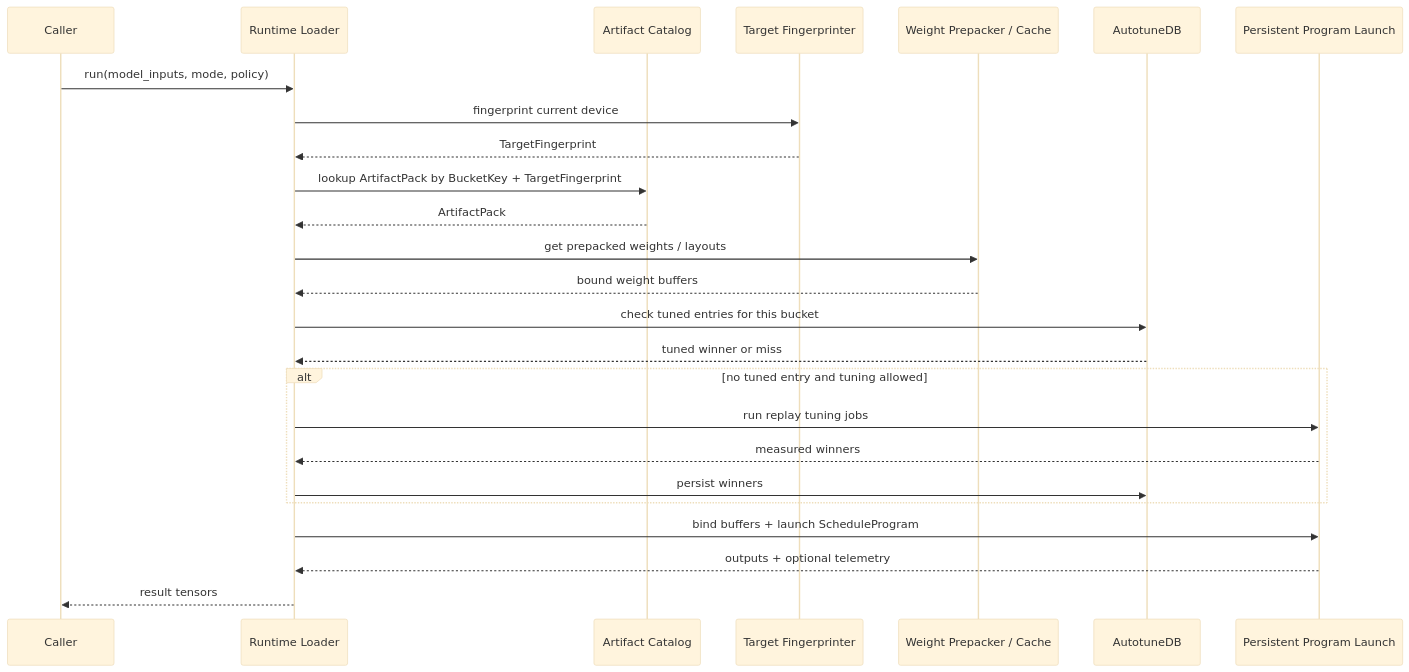
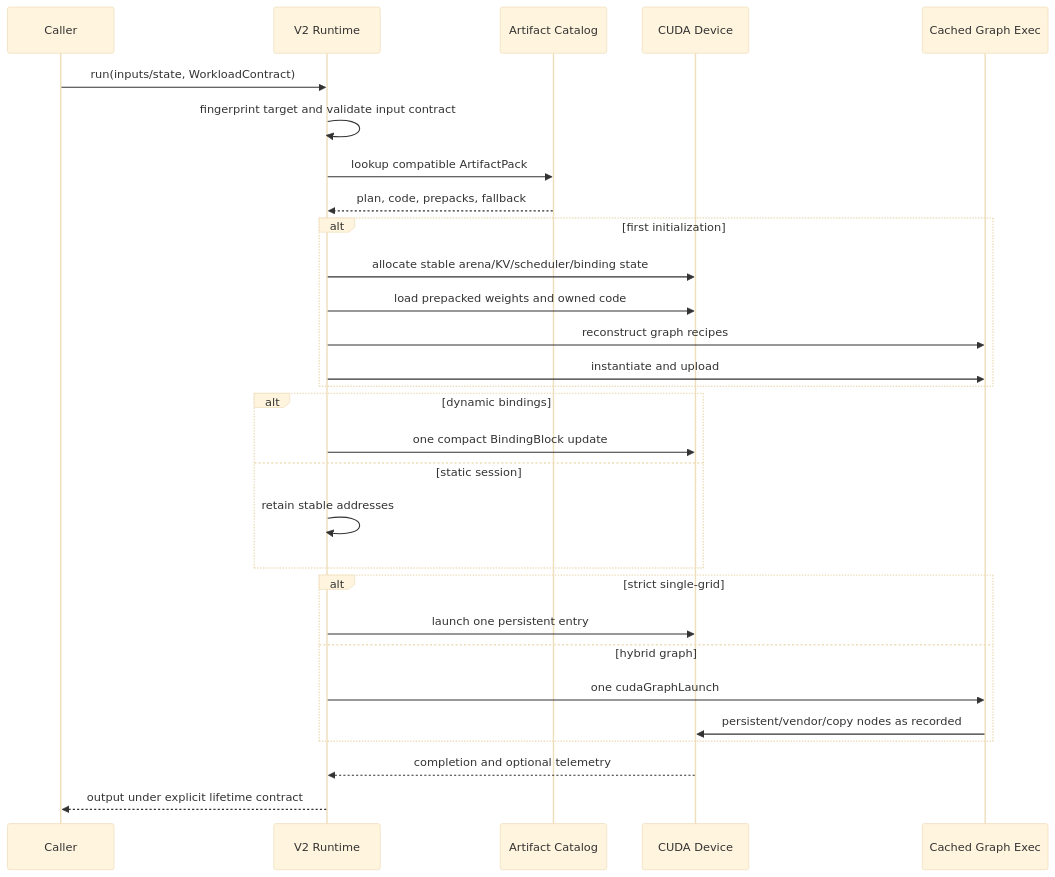
Before and after one commit to megabake/megabake: diagram 12 of 13 in MEGABAKE_V2_DATAFLOW_DIAGRAM.md, drawn with Mermaid (base theme). The commit also changed other lines of this file and 4 other files, not shown here.

````diff
--- a/MEGABAKE_V2_DATAFLOW_DIAGRAM.md
+++ b/MEGABAKE_V2_DATAFLOW_DIAGRAM.md
@@ -495,28 +440,36 @@
 ```mermaid
 sequenceDiagram
   participant User as Caller
-  participant Loader as Runtime Loader
+  participant Runtime as V2 Runtime
   participant Catalog as Artifact Catalog
-  participant Target as Target Fingerprinter
-  participant Weights as Weight Prepacker / Cache
-  participant DB as AutotuneDB
-  participant GPU as Persistent Program Launch
+  participant GPU as CUDA Device
+  participant Graph as Cached Graph Exec
 
-  User->>Loader: run(model_inputs, mode, policy)
-  Loader->>Target: fingerprint current device
-  Target-->>Loader: TargetFingerprint
-  Loader->>Catalog: lookup ArtifactPack by BucketKey + TargetFingerprint
-  Catalog-->>Loader: ArtifactPack
-  Loader->>Weights: get prepacked weights / layouts
-  Weights-->>Loader: bound weight buffers
-  Loader->>DB: check tuned entries for this bucket
-  DB-->>Loader: tuned winner or miss
-  alt no tuned entry and tuning allowed
-    Loader->>GPU: run replay tuning jobs
-    GPU-->>Loader: measured winners
-    Loader->>DB: persist winners
+  User->>Runtime: run(inputs/state, WorkloadContract)
+  Runtime->>Runtime: fingerprint target and validate input contract
+  Runtime->>Catalog: lookup compatible ArtifactPack
+  Catalog-->>Runtime: plan, code, prepacks, fallback
+
+  alt first initialization
+    Runtime->>GPU: allocate stable arena/KV/scheduler/binding state
+    Runtime->>GPU: load prepacked weights and owned code
+    Runtime->>Graph: reconstruct graph recipes
+    Runtime->>Graph: instantiate and upload
   end
-  Loader->>GPU: bind buffers + launch ScheduleProgram
-  GPU-->>Loader: outputs + optional telemetry
-  Loader-->>User: result tensors
+
+  alt dynamic bindings
+    Runtime->>GPU: one compact BindingBlock update
+  else static session
+    Runtime->>Runtime: retain stable addresses
+  end
+
+  alt strict single-grid
+    Runtime->>GPU: launch one persistent entry
+  else hybrid graph
+    Runtime->>Graph: one cudaGraphLaunch
+    Graph->>GPU: persistent/vendor/copy nodes as recorded
+  end
+
+  GPU-->>Runtime: completion and optional telemetry
+  Runtime-->>User: output under explicit lifetime contract
 ```
````
